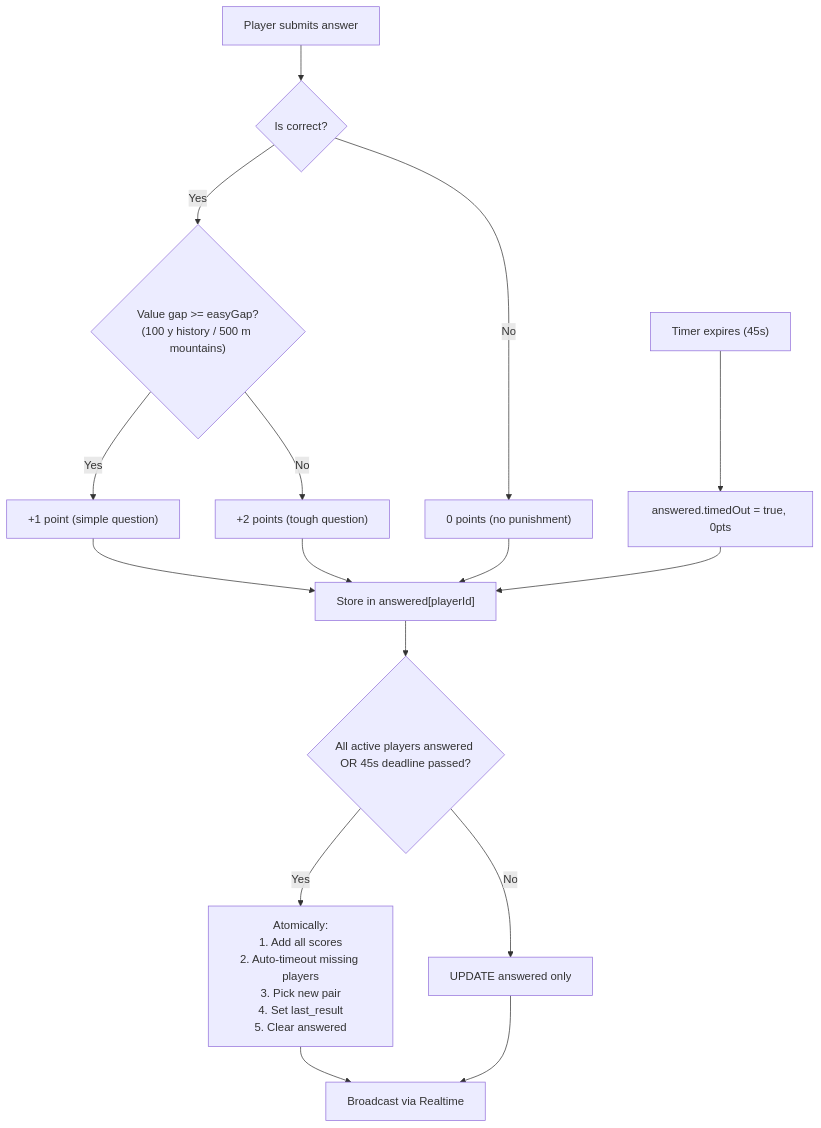
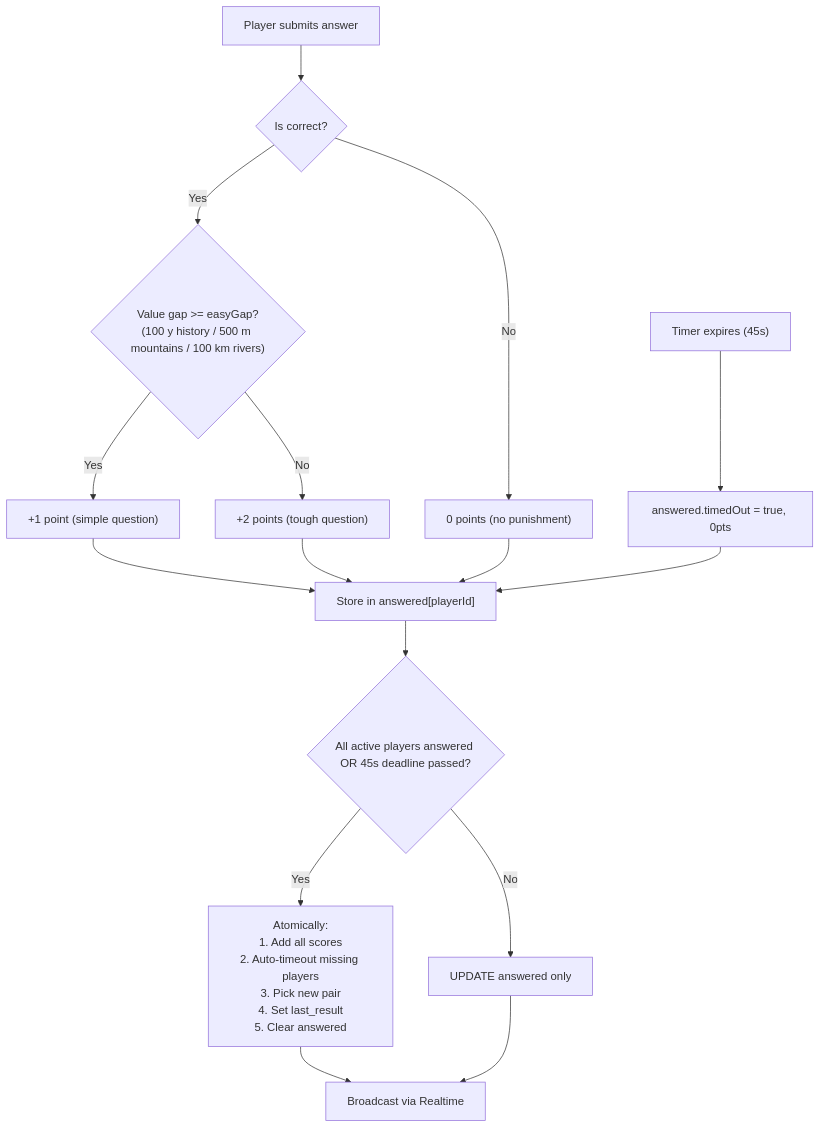
One commit to prokopHouda/history_game changed the fifth of 7 diagrams in docs/architecture.md. Above: the diagram before and after it, drawn with Mermaid. The commit also changed other lines of this file and 4 other files, not shown here.

````diff
--- a/docs/architecture.md
+++ b/docs/architecture.md
@@ -234,18 +254,18 @@
 ```mermaid
 flowchart TD
     A["Player submits answer"] --> B{"Is correct?"}
-    B -->|Yes| C{"Value gap >= easyGap?<br/>(100 y history / 500 m mountains)"}
+    B -->|Yes| C{"Value gap >= easyGap?<br/>(100 y history / 500 m mountains / 100 km rivers)"}
     C -->|Yes| D["+1 point (simple question)"]
     C -->|No| E["+2 points (tough question)"]
     B -->|No| F["0 points (no punishment)"]
     D --> G["Store in answered[playerId]"]
     E --> G
     F --> G
     G --> H{"All active players answered OR 45s deadline passed?"}
     H -->|Yes| I["Atomically:<br/>1. Add all scores<br/>2. Auto-timeout missing players<br/>3. Pick new pair<br/>4. Set last_result<br/>5. Clear answered"]
     H -->|No| J["UPDATE answered only"]
     I --> K["Broadcast via Realtime"]
     J --> K
     L["Timer expires (45s)"] --> M["answered.timedOut = true, 0pts"]
     M --> G
 ```
````
